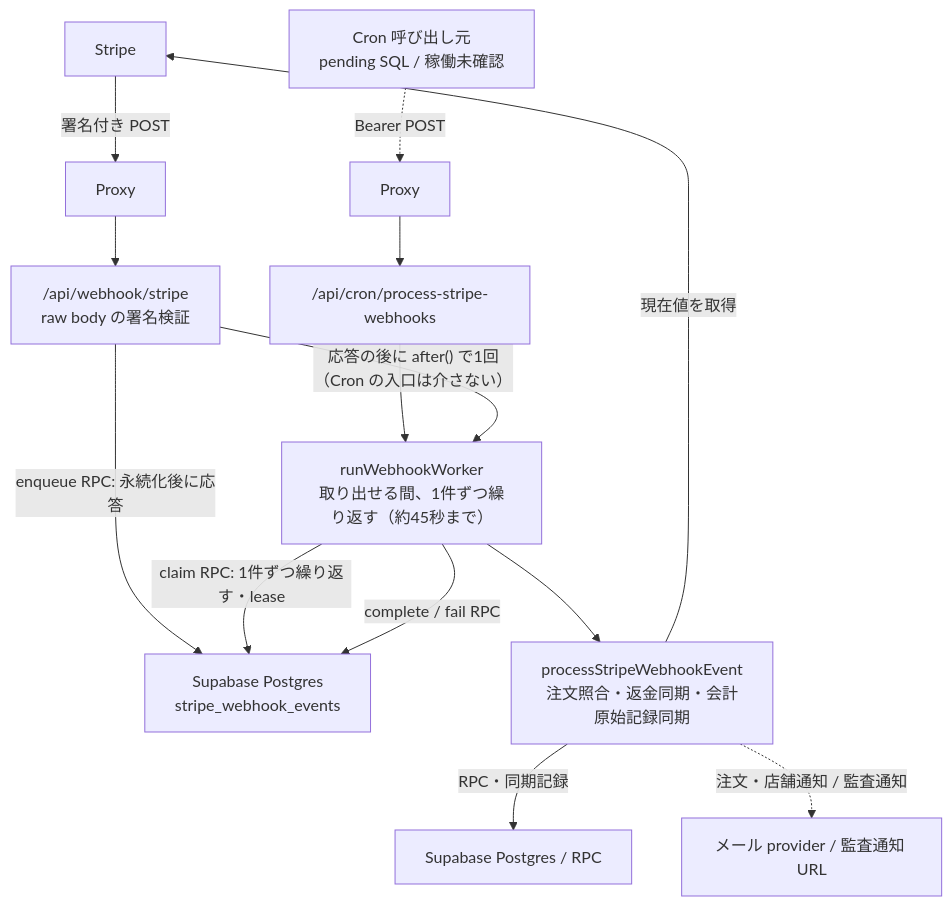
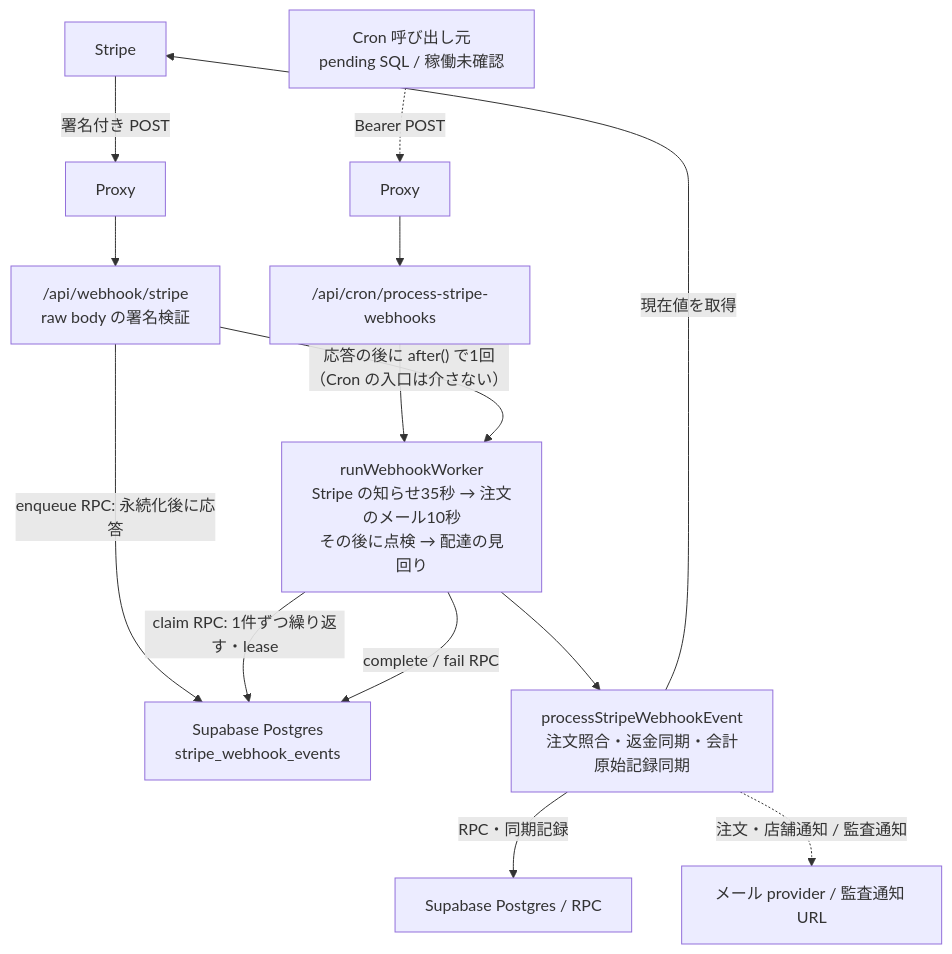
One commit to ChocoWork/o_official changed the second of 3 diagrams in docs/03_BasicDesign/architecture/system-overview.md. Above: the diagram before and after it, drawn with Mermaid. The commit also changed other lines of this file and 14 other files, not shown here.

````diff
--- a/docs/03_BasicDesign/architecture/system-overview.md
+++ b/docs/03_BasicDesign/architecture/system-overview.md
@@ -61,16 +61,16 @@
 ```mermaid
 flowchart TB
   Stripe["Stripe"] -->|署名付き POST| Proxy["Proxy"]
   Proxy --> Receiver["/api/webhook/stripe<br/>raw body の署名検証"]
   Receiver -->|enqueue RPC: 永続化後に応答| Queue["Supabase Postgres<br/>stripe_webhook_events"]
   Caller["Cron 呼び出し元<br/>pending SQL / 稼働未確認"] -.->|Bearer POST| WorkerProxy["Proxy"]
   WorkerProxy --> Worker["/api/cron/process-stripe-webhooks"]
-  Worker --> Run["runWebhookWorker<br/>取り出せる間、1件ずつ繰り返す（約45秒まで）"]
+  Worker --> Run["runWebhookWorker<br/>Stripe の知らせ35秒 → 注文のメール10秒<br/>その後に点検 → 配達の見回り"]
   Receiver -->|"応答の後に after() で1回（Cron の入口は介さない）"| Run
   Run -->|claim RPC: 1件ずつ繰り返す・lease| Queue
   Run --> Processor["processStripeWebhookEvent<br/>注文照合・返金同期・会計原始記録同期"]
   Processor -->|現在値を取得| Stripe
   Processor -->|RPC・同期記録| DB["Supabase Postgres / RPC"]
   Processor -.->|注文・店舗通知 / 監査通知| Notify["メール provider / 監査通知 URL"]
   Run -->|complete / fail RPC| Queue
 ```
````
